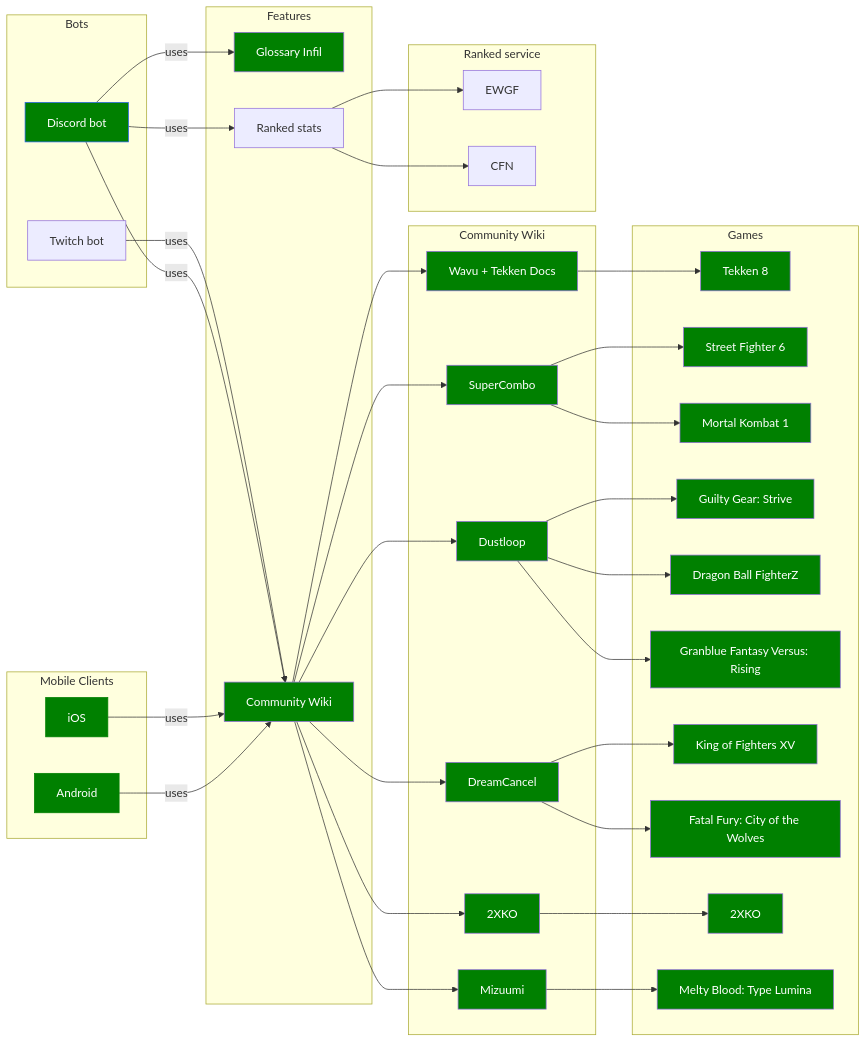
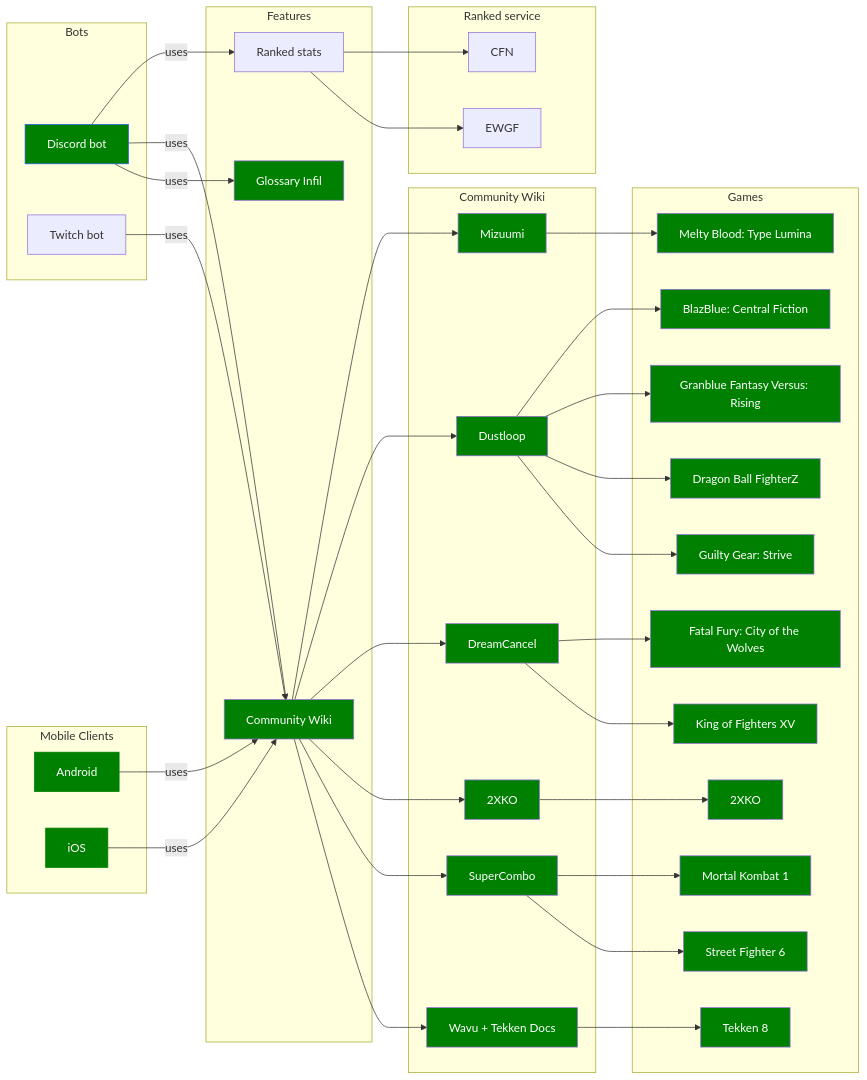
One commit to Sophon/FightingNerd changed the diagram in mermaid/modules.mmd. Above: the diagram before and after it, drawn with Mermaid. The commit also changed 32 other files, not shown here.

```diff
--- a/mermaid/modules.mmd
+++ b/mermaid/modules.mmd
@@ -1,98 +1,101 @@
 graph LR
     classDef green fill:green,color:#000
     classDef grey fill:lightgrey,color:#000
 
     subgraph Bots
         discordBot[Discord bot]
         twitchBot[Twitch bot]
     end
 
     subgraph "Mobile Clients"
         android[Android]
         iOS[iOS]
     end
 
     subgraph Features
         glossaryInfil[Glossary Infil]
         communityWiki[Community Wiki]
         elo[Ranked stats]
     end
 
     subgraph Community Wiki
         wikiWavu[Wavu + Tekken Docs]
         supercombo[SuperCombo]
         2xko[2XKO]
         dustloop[Dustloop]
         dreamcancel[DreamCancel]
         mizuumi[Mizuumi]
     end
 
     subgraph Games
         t8[Tekken 8]
         sf6[Street Fighter 6]
         mk1[Mortal Kombat 1]
         ggst[Guilty Gear: Strive]
         dbfz[Dragon Ball FighterZ]
         gbvsr[Granblue Fantasy Versus: Rising]
         kof15[King of Fighters XV]
         cotw[Fatal Fury: City of the Wolves]
         xko[2XKO]
         melty[Melty Blood: Type Lumina]
+        bbcf[BlazBlue: Central Fiction]
     end
 
     subgraph Ranked service
         ewgf[EWGF]
         cfn[CFN]
     end
 
     android -->|uses| communityWiki
     iOS -->|uses| communityWiki
 
     discordBot -->|uses| glossaryInfil
     discordBot -->|uses| communityWiki
     discordBot -->|uses| elo
     twitchBot -->|uses| communityWiki
 
     communityWiki --> wikiWavu
     communityWiki --> supercombo
     communityWiki --> 2xko
     communityWiki --> dreamcancel
     communityWiki --> dustloop
     communityWiki --> mizuumi
 
     elo --> ewgf
     elo --> cfn
 
     wikiWavu --> t8
     supercombo --> sf6
     supercombo --> mk1
     dustloop --> ggst
     dustloop --> dbfz
     dustloop --> gbvsr
+    dustloop --> bbcf
     2xko --> xko
     dreamcancel --> kof15
     dreamcancel --> cotw
     mizuumi --> melty
 
 
     style discordBot fill:green,stroke:#2563EB, color:#fff
     style android fill:green,stroke:green, color:#fff
     style iOS fill:green,stroke:green, color:#fff
     style glossaryInfil fill:green, color:#fff
     style communityWiki fill:green, color:#fff
     style wikiWavu fill:green, color:#fff
     style supercombo fill:green, color:#fff
     style dreamcancel fill:green, color:#fff
     style dustloop fill:green, color:#fff
     style mizuumi fill:green, color:#fff
     style 2xko fill:green, color:#fff
     style t8 fill:green, color:#fff
     style sf6 fill:green, color:#fff
     style xko fill:green, color:#fff
     style kof15 fill:green, color:#fff
     style cotw fill:green, color:#fff
     style ggst fill:green, color:#fff
     style mk1 fill:green, color:#fff
     style dbfz fill:green, color:#fff
     style gbvsr fill:green, color:#fff
     style melty fill:green, color:#fff
+    style bbcf fill:green, color:#fff
```
